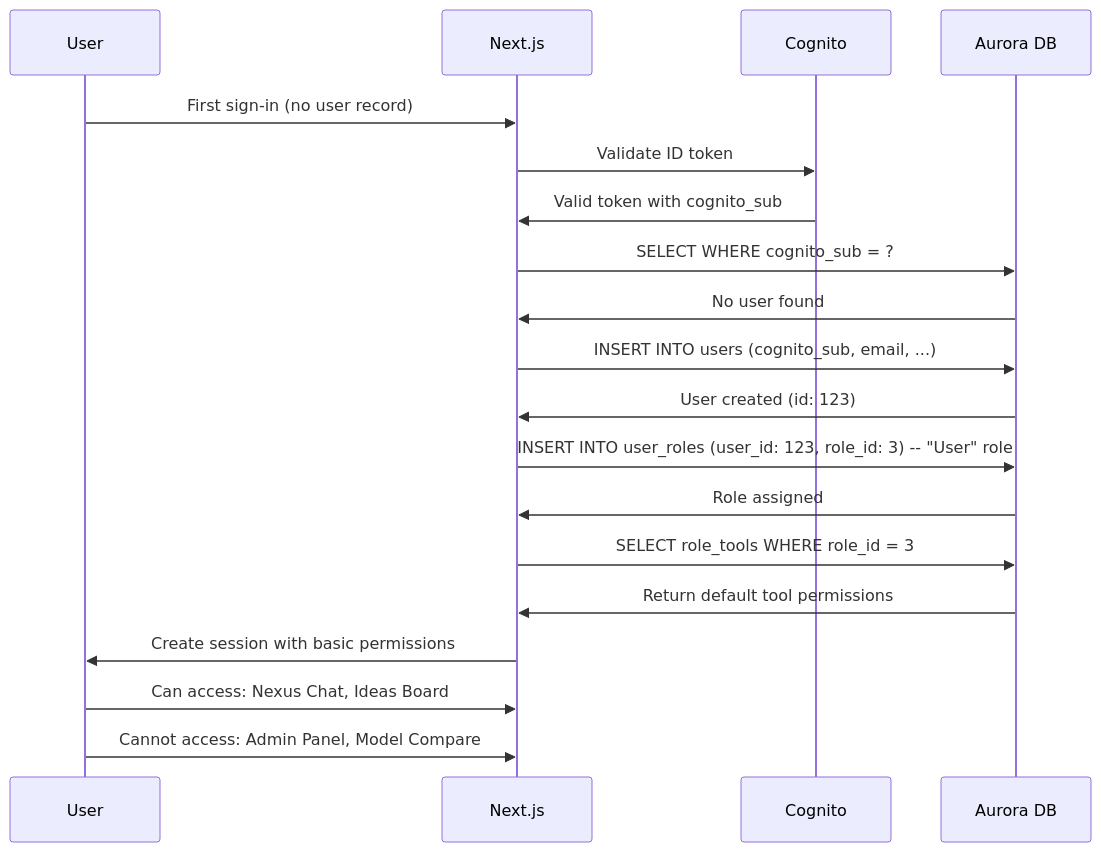
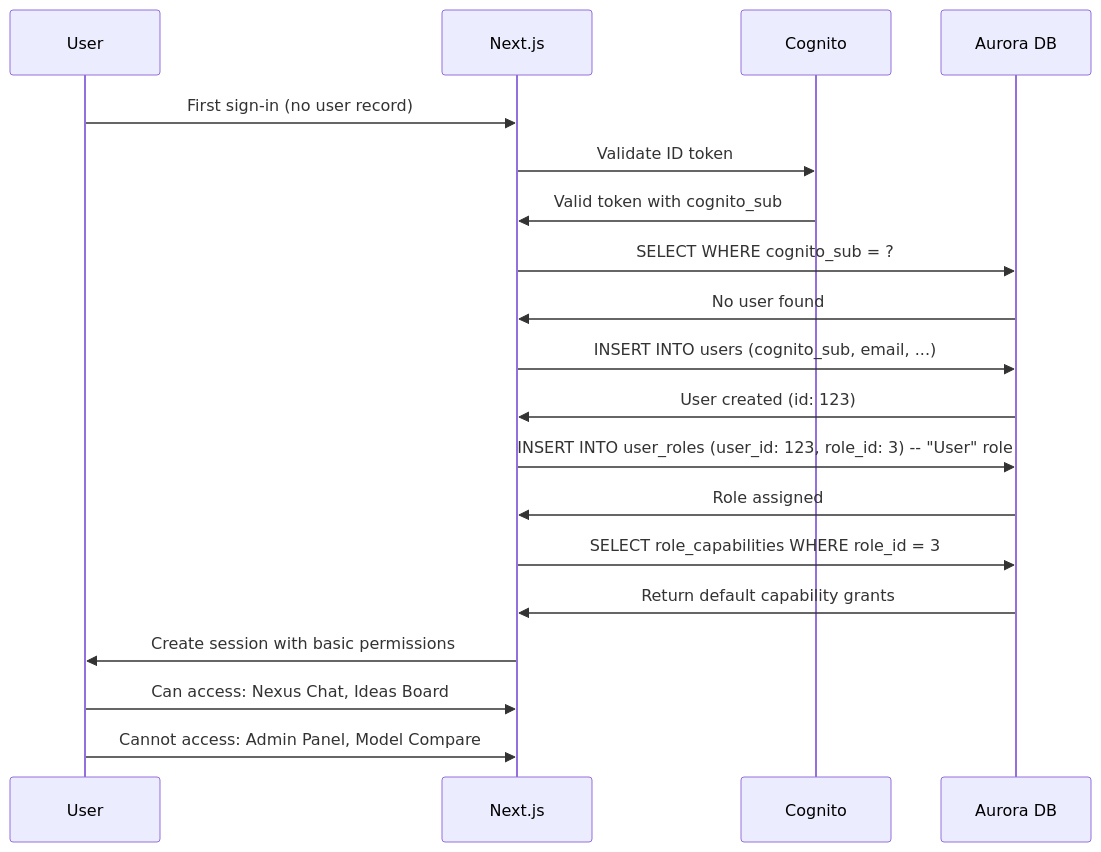
The sixth of 6 diagrams in docs/diagrams/05-authentication-flow.md (psd401/aistudio), drawn with Mermaid before and after one commit. The commit also changed other lines of this file and 51 other files, not shown here.

````diff
--- a/docs/diagrams/05-authentication-flow.md
+++ b/docs/diagrams/05-authentication-flow.md
@@ -298,22 +298,22 @@
 ```mermaid
 sequenceDiagram
     participant User
     participant NextJS as Next.js
     participant Cognito
     participant Aurora as Aurora DB
 
     User->>NextJS: First sign-in (no user record)
     NextJS->>Cognito: Validate ID token
     Cognito->>NextJS: Valid token with cognito_sub
     NextJS->>Aurora: SELECT WHERE cognito_sub = ?
     Aurora->>NextJS: No user found
     NextJS->>Aurora: INSERT INTO users (cognito_sub, email, ...)
     Aurora->>NextJS: User created (id: 123)
     NextJS->>Aurora: INSERT INTO user_roles (user_id: 123, role_id: 3) -- "User" role
     Aurora->>NextJS: Role assigned
-    NextJS->>Aurora: SELECT role_tools WHERE role_id = 3
-    Aurora->>NextJS: Return default tool permissions
+    NextJS->>Aurora: SELECT role_capabilities WHERE role_id = 3
+    Aurora->>NextJS: Return default capability grants
     NextJS->>User: Create session with basic permissions
     User->>NextJS: Can access: Nexus Chat, Ideas Board
     User->>NextJS: Cannot access: Admin Panel, Model Compare
 ```
````
